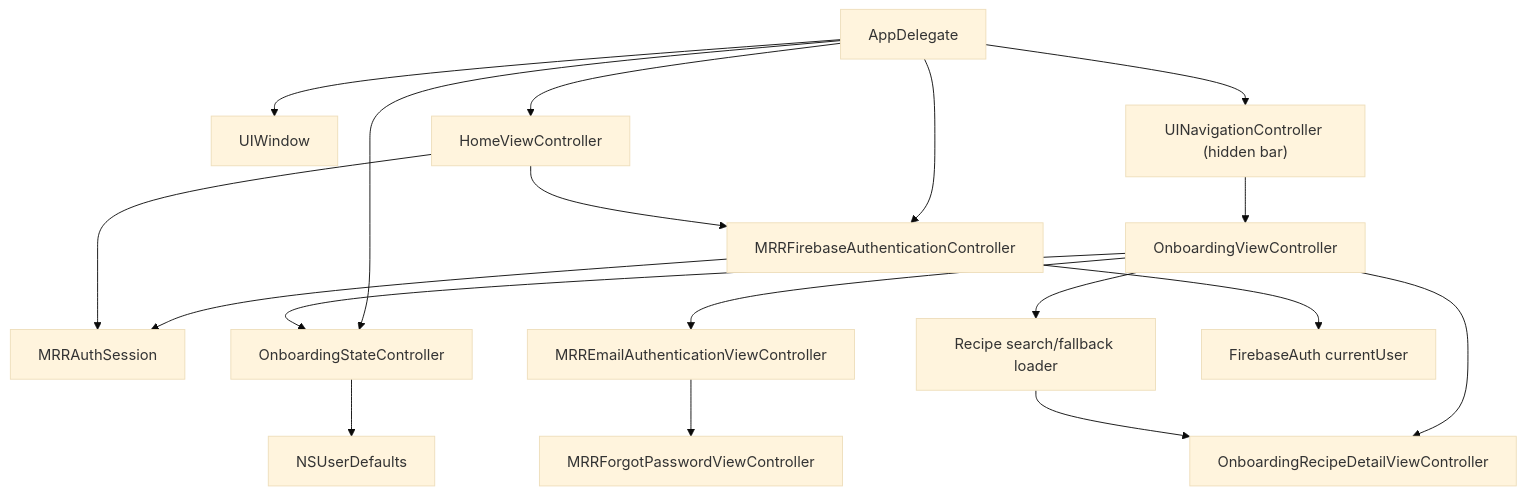
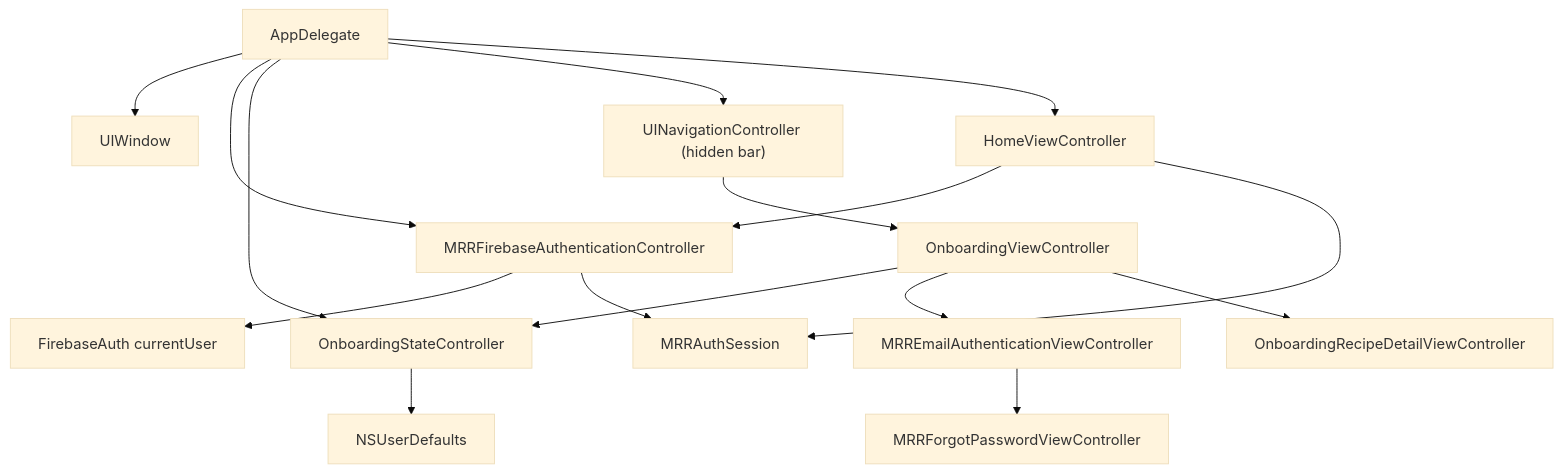
One commit to bengidev/ios-mrr-experiment changed the third of 6 diagrams in ARCHITECTURE.md. Above: the diagram before and after it, drawn with Mermaid (base theme). The commit also changed other lines of this file and 7 other files, not shown here.

Commit message:
refactor(onboarding): remove unused recipe api flow

````diff
--- a/ARCHITECTURE.md
+++ b/ARCHITECTURE.md
@@ -128,35 +121,32 @@
 ```mermaid
 flowchart TB
   app["AppDelegate"]
   window["UIWindow"]
   auth["MRRFirebaseAuthenticationController"]
   session["MRRAuthSession"]
   state["OnboardingStateController"]
   nav["UINavigationController (hidden bar)"]
   onboarding["OnboardingViewController"]
   email["MRREmailAuthenticationViewController"]
   reset["MRRForgotPasswordViewController"]
   detail["OnboardingRecipeDetailViewController"]
-  loader["Recipe search/fallback loader"]
   home["HomeViewController"]
   defaults["NSUserDefaults"]
   firebase["FirebaseAuth currentUser"]
 
   app --> window
   app --> auth
   app --> state
   state --> defaults
   auth --> firebase
   auth --> session
   app --> nav
   nav --> onboarding
   onboarding --> state
   onboarding --> email
   email --> reset
   onboarding --> detail
-  onboarding --> loader
-  loader --> detail
   app --> home
   home --> auth
   home --> session
 ```
````
